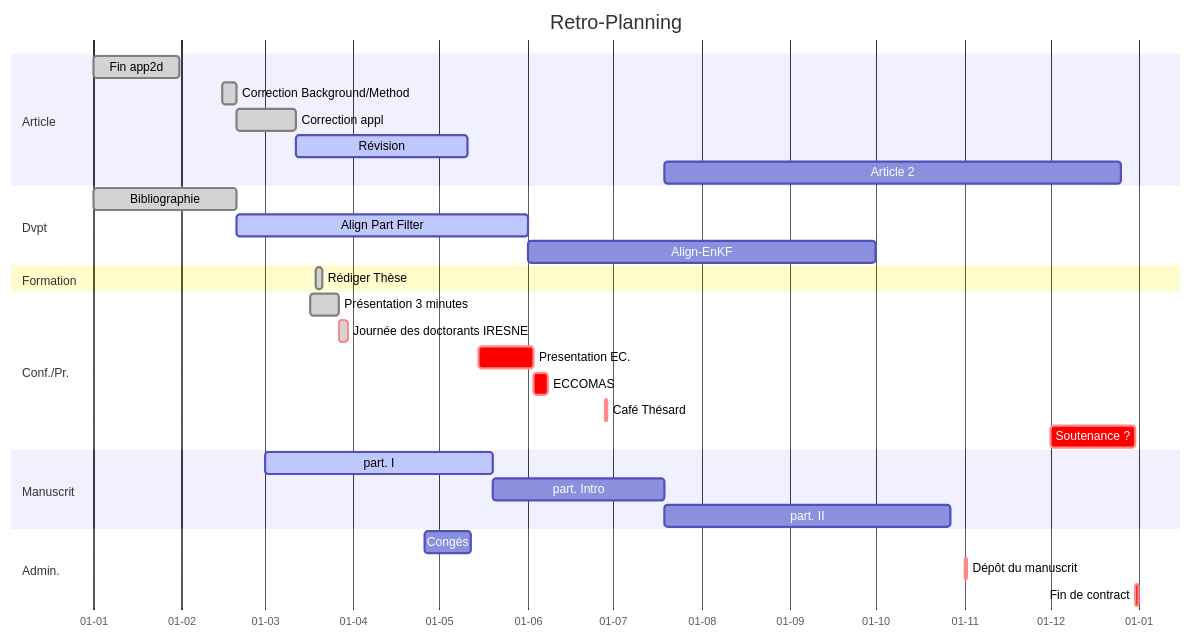
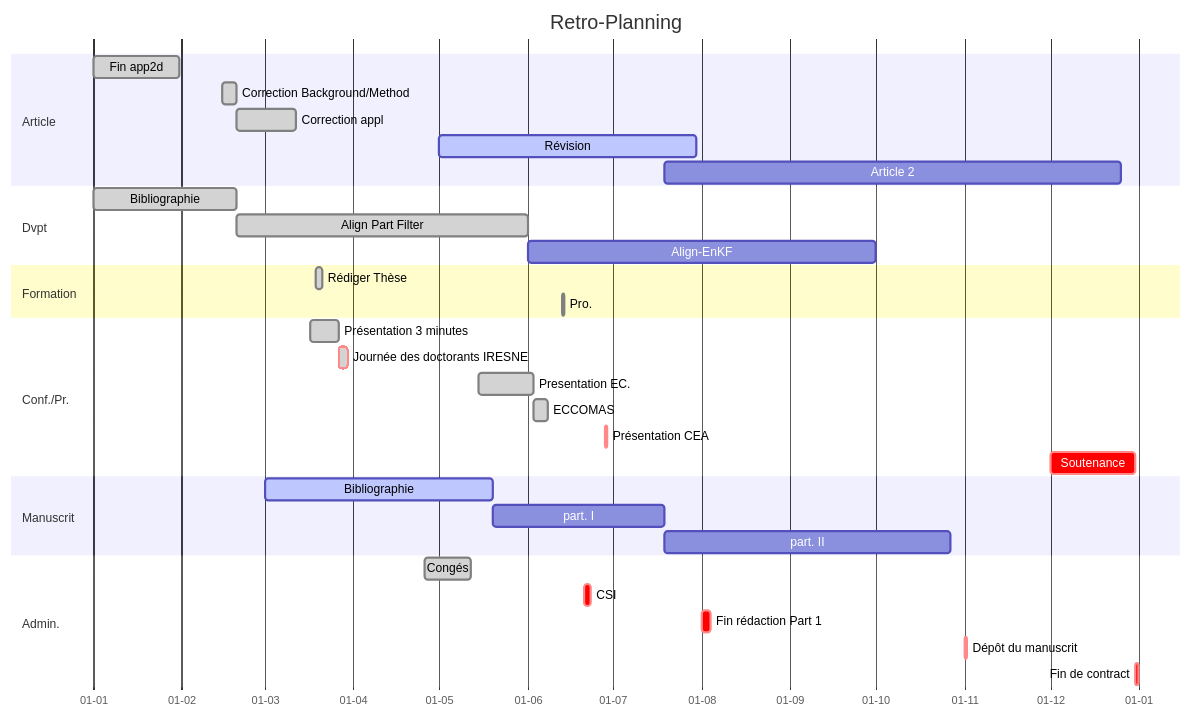
The diagram in organisation/reverse_planning.mmd (marius-duvillard/mar-dvd-thesis), drawn with Mermaid before and after one commit. The commit also changed 46 other files, not shown here.

```diff
--- a/organisation/reverse_planning.mmd
+++ b/organisation/reverse_planning.mmd
@@ -1,35 +1,38 @@
 
 gantt
     title Retro-Planning
     dateFormat DD-MM-YYYY
     axisFormat %d-%m
     section Article
         Fin app2d: done, a0, 01-01-2024,30d
         Correction Background/Method: done,a1, 15-02-2024, 5d
         Correction appl:done,a2,after a1, 21d
-        Révision: active, after a2, 60d
+        Révision: active, 01-05-2024, 90d
         Article 2: after a5, 160d 
 
     section Dvpt  
         Bibliographie: done,d1, 01-01-2024, 20-02-2024
-        Align Part Filter: active, d2,after d1, 01-06-2024
+        Align Part Filter: done, d2,after d1, 01-06-2024
         Align-EnKF: after d2, 01-10-2024
 
     section Formation
         Rédiger Thèse: done, f1, 19-03-2024,21-03-2024
+        Pro.: done, f2, 13-06-2024,1d
 
     section Conf./Pr.
         Présentation 3 minutes: done, p1, 17-03-2024, 10d
         Journée des doctorants IRESNE:done, crit, after p1, 27-03-2024, 3d
-        Presentation EC.: crit, p3, 15-05-2024, 03-06-2024
-        ECCOMAS: crit, 03-06-2024, 5d
-        Café Thésard: crit, 28-06-2024, 1d
-        Soutenance ?: crit, 01-12-2024, 31-12-2024
+        Presentation EC.: done, p3, 15-05-2024, 03-06-2024
+        ECCOMAS: done, 03-06-2024, 5d
+        Présentation CEA: crit, 28-06-2024, 1d
+        Soutenance: crit, 01-12-2024, 31-12-2024
     section Manuscrit
-        part. I: active,a4, 01-03-2024, 80d
-        part. Intro: a5,after a4, 60d
+        Bibliographie: active,a4, 01-03-2024, 80d
+        part. I: a5,after a4, 60d
         part. II: after a5, 100d
     section Admin.
-        Congés: &d1, 26-04-2024, 12-05-2024
+        Congés: done,&d1, 26-04-2024, 12-05-2024
+        CSI: crit, 21-06-2024,2d
+        Fin rédaction Part 1: crit, 01-08-2024, 3d
         Dépôt du manuscrit: crit, 01-11-2024, 0.5d
         Fin de contract: crit, 31-12-2024,0.5d
```
